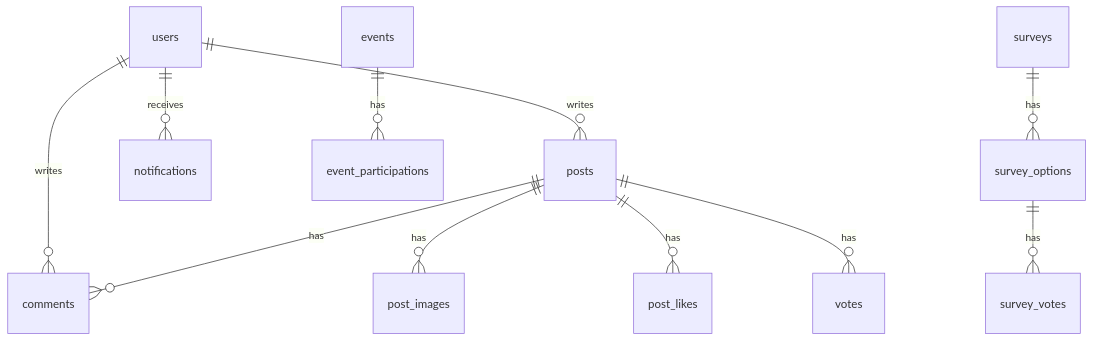
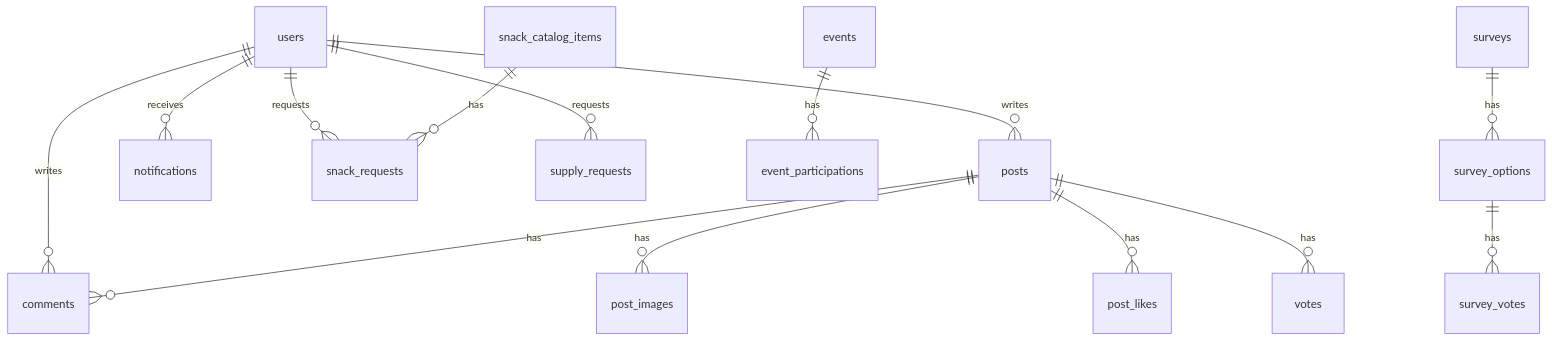
Before and after one commit to Justant-source/Green-Forest: the first of 2 diagrams in docs/backend/40-data.md, drawn with Mermaid. The commit also changed other lines of this file and 72 other files, not shown here.

First line of the commit message:
feat: add snack/supply request tab with SSG catalog and admin history

````diff
--- a/docs/backend/40-data.md
+++ b/docs/backend/40-data.md
@@ -32,13 +32,16 @@
 ```mermaid
 erDiagram
   users ||--o{ posts : writes
   users ||--o{ comments : writes
   posts ||--o{ comments : has
   posts ||--o{ post_images : has
   posts ||--o{ post_likes : has
   posts ||--o{ votes : has
   users ||--o{ notifications : receives
+  users ||--o{ snack_requests : requests
+  users ||--o{ supply_requests : requests
+  snack_catalog_items ||--o{ snack_requests : has
   events ||--o{ event_participations : has
   surveys ||--o{ survey_options : has
   survey_options ||--o{ survey_votes : has
 ```
````
